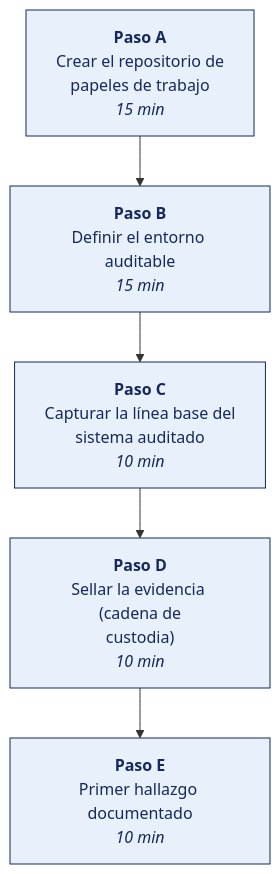
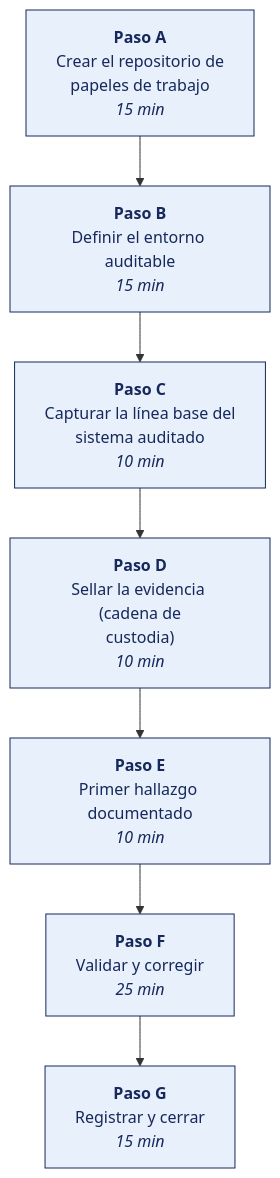
The diagram in SEMANA-01/3-TALLER.md (OscarJimenezFlores/Auditoria), drawn with Mermaid before and after one commit. The commit also changed other lines of this file and 23 other files, not shown here.

````diff
--- a/SEMANA-01/3-TALLER.md
+++ b/SEMANA-01/3-TALLER.md
@@ -13,11 +13,13 @@
 ```mermaid
 flowchart TD
     PA["<b>Paso A</b><br/>Crear el repositorio de<br/>papeles de trabajo<br/><i>15 min</i>"]
     PB["<b>Paso B</b><br/>Definir el entorno auditable<br/><i>15 min</i>"]
     PC["<b>Paso C</b><br/>Capturar la línea base del<br/>sistema auditado<br/><i>10 min</i>"]
     PD["<b>Paso D</b><br/>Sellar la evidencia (cadena de<br/>custodia)<br/><i>10 min</i>"]
     PE["<b>Paso E</b><br/>Primer hallazgo documentado<br/><i>10 min</i>"]
-    PA --> PB --> PC --> PD --> PE
+    PF["<b>Paso F</b><br/>Validar y corregir<br/><i>25 min</i>"]
+    PG["<b>Paso G</b><br/>Registrar y cerrar<br/><i>15 min</i>"]
+    PA --> PB --> PC --> PD --> PE --> PF --> PG
     classDef paso fill:#E8F1FB,stroke:#16285C,stroke-width:1px,color:#16285C;
-    class PA,PB,PC,PD,PE paso;
+    class PA,PB,PC,PD,PE,PF,PG paso;
 ```
````
